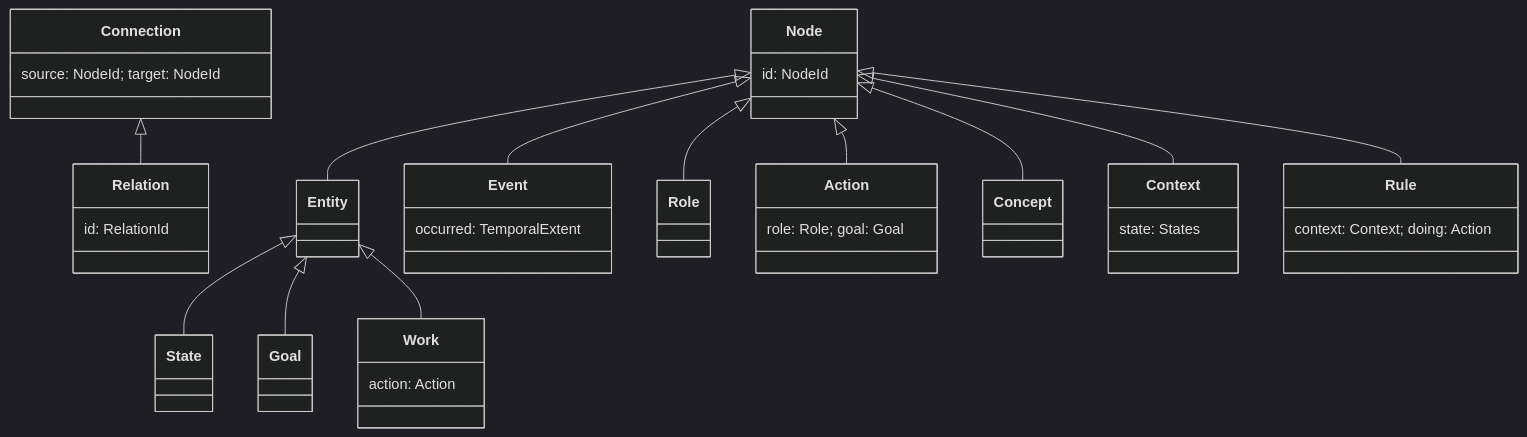
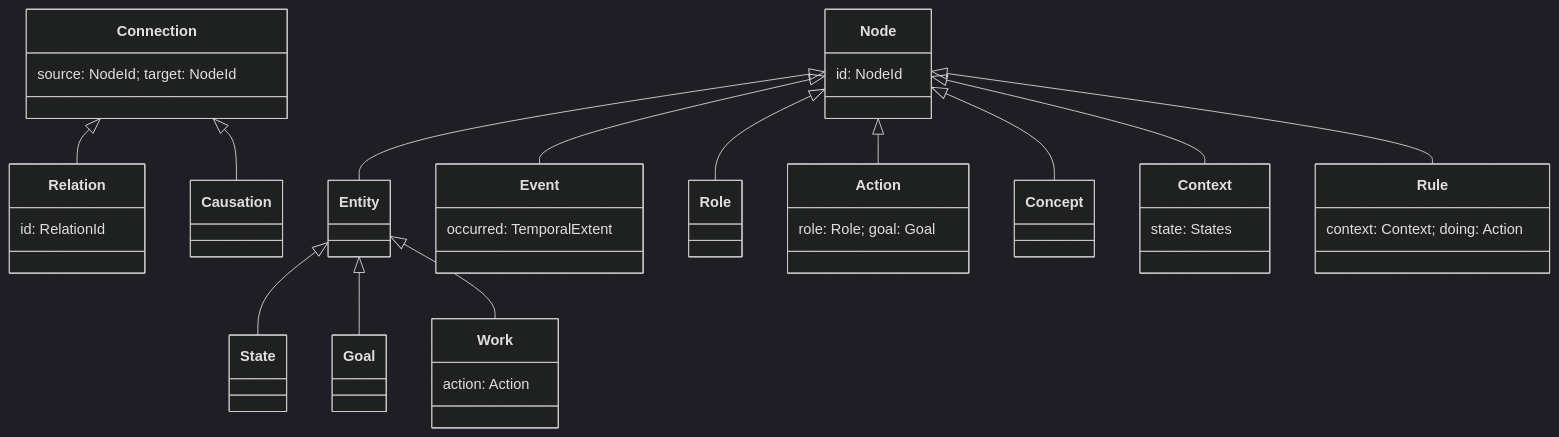
Before and after one commit to kylejtobin/ontok: the third of 3 diagrams in wiki/architecture/ontok-core.md, drawn with Mermaid (dark theme). The commit also changed other lines of this file and 5 other files, not shown here.

Commit message:
Causation enters Core: one occurrence is because of another, a Connection; fourteen primitives

````diff
--- a/wiki/architecture/ontok-core.md
+++ b/wiki/architecture/ontok-core.md
@@ -64,27 +64,29 @@
 ```mermaid
 classDiagram
   class Node { id: NodeId }
   class Connection { source: NodeId; target: NodeId }
   class Entity
   class Relation { id: RelationId }
+  class Causation
   class State
   class Event { occurred: TemporalExtent }
   class Role
   class Goal
   class Action { role: Role; goal: Goal }
   class Work { action: Action }
   class Concept
   class Context { state: States }
   class Rule { context: Context; doing: Action }
   Node <|-- Entity
   Node <|-- Event
   Node <|-- Role
   Node <|-- Action
   Node <|-- Concept
   Node <|-- Context
   Node <|-- Rule
   Connection <|-- Relation
+  Connection <|-- Causation
   Entity <|-- State
   Entity <|-- Goal
   Entity <|-- Work
 ```
````
